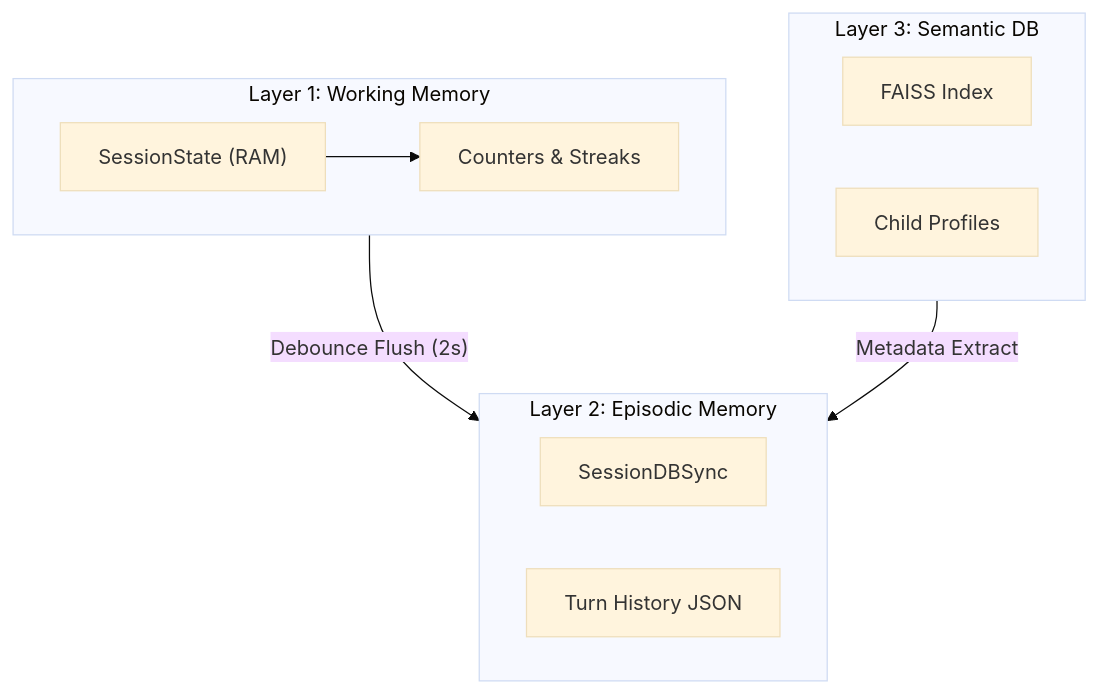
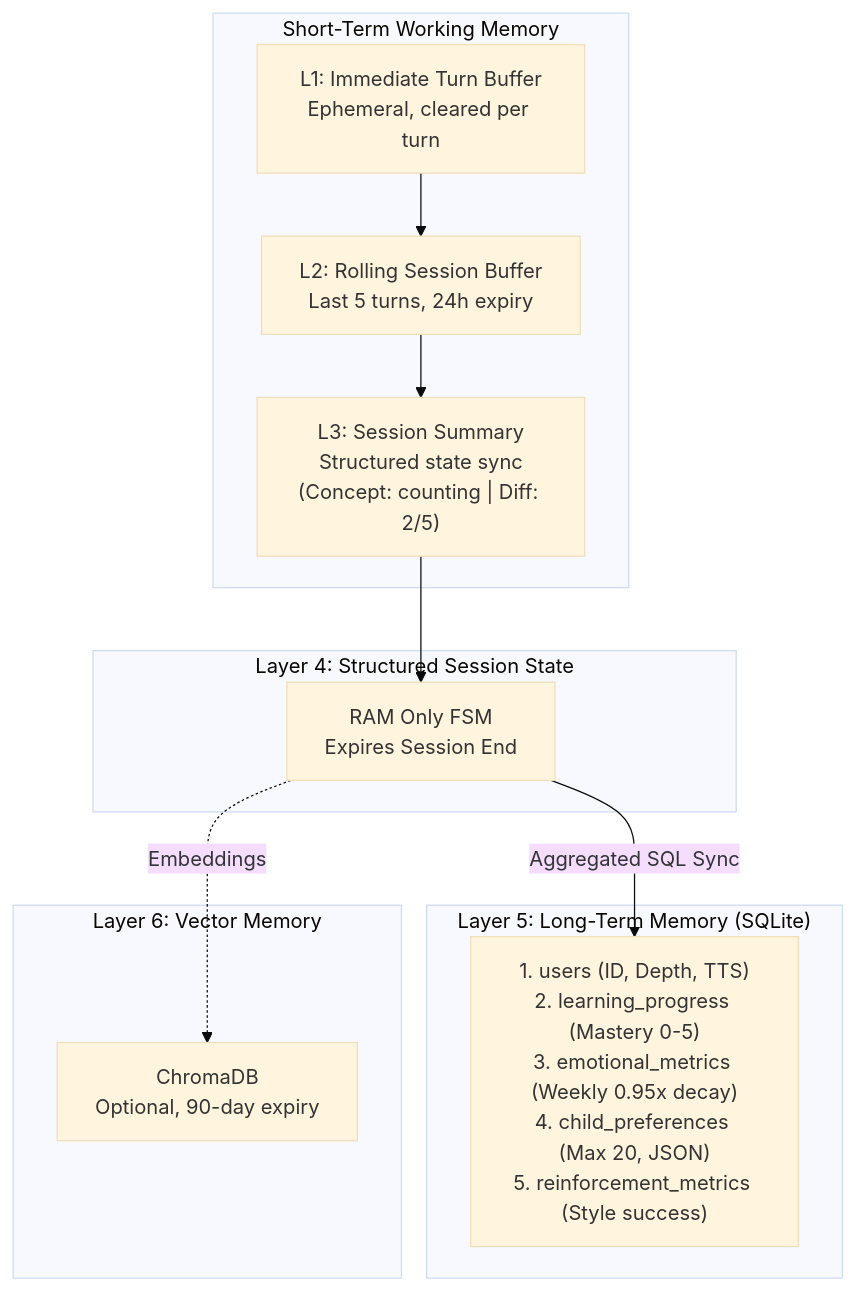
The fifth of 10 diagrams in ARCHITECTURE.md (deepanmpc/LaRa), drawn with Mermaid (base theme) before and after one commit.

Commit message:
docs: update memory architecture diagram to reflect multi-layer storage structure

````diff
--- a/ARCHITECTURE.md
+++ b/ARCHITECTURE.md
@@ -112,21 +112,27 @@
 ```mermaid
 graph TD
-    subgraph L3 ["Layer 3: Semantic DB"]
-        FAISS["FAISS Index"]
-        ChildProf["Child Profiles"]
+    subgraph L123 ["Short-Term Working Memory"]
+        L1["L1: Immediate Turn Buffer<br>Ephemeral, cleared per turn"]
+        L2["L2: Rolling Session Buffer<br>Last 5 turns, 24h expiry"]
+        L3["L3: Session Summary<br>Structured state sync<br>(Concept: counting | Diff: 2/5)"]
     end
     
-    subgraph L2 ["Layer 2: Episodic Memory"]
-        DBSync["SessionDBSync"]
-        TurnJSON["Turn History JSON"]
-    end
-
-    subgraph L1 ["Layer 1: Working Memory"]
-        SessionObj["SessionState (RAM)"]
-        TurnCnt["Counters & Streaks"]
-        SessionObj --> TurnCnt
+    L1 --> L2 --> L3
+    
+    subgraph L4 ["Layer 4: Structured Session State"]
+        L4Mem["RAM Only FSM<br>Expires Session End"]
     end
     
-    L1 -->|"Debounce Flush (2s)"| L2
-    L3 -->|"Metadata Extract"| L2
+    L3 --> L4Mem
+    
+    subgraph L5 ["Layer 5: Long-Term Memory (SQLite)"]
+        SQL["1. users (ID, Depth, TTS)<br>2. learning_progress (Mastery 0-5)<br>3. emotional_metrics (Weekly 0.95x decay)<br>4. child_preferences (Max 20, JSON)<br>5. reinforcement_metrics (Style success)"]
+    end
+    
+    subgraph L6 ["Layer 6: Vector Memory"]
+        Vec["ChromaDB<br>Optional, 90-day expiry"]
+    end
+    
+    L4Mem -->|"Aggregated SQL Sync"| SQL
+    L4Mem -.->|"Embeddings"| Vec
 ```
````
